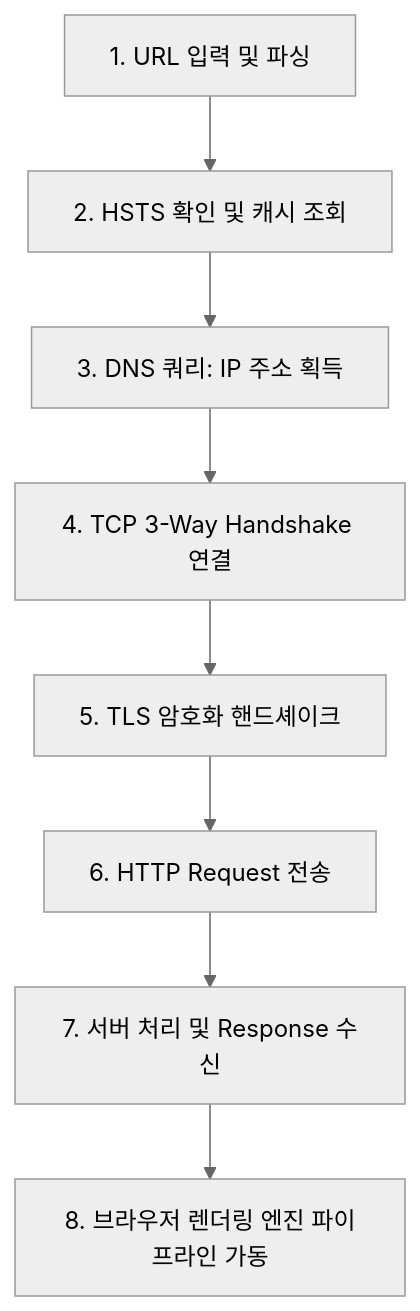
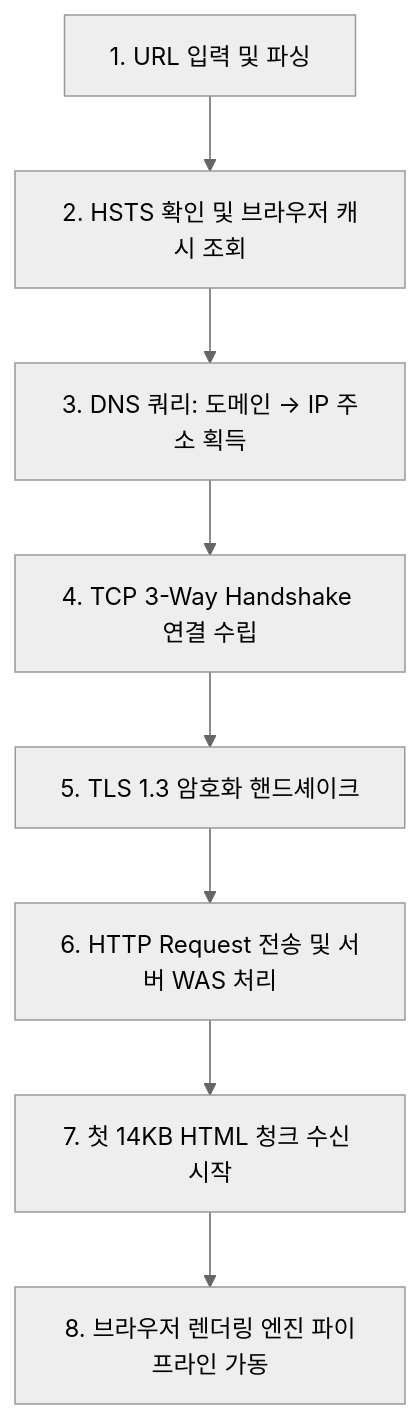
Before and after one commit to keimania/tech-notes: the seventh of 11 diagrams in 08_네트워크_기술.md, drawn with Mermaid (neutral theme). The commit also changed other lines of this file and 12 other files, not shown here.

````diff
--- a/08_네트워크_기술.md
+++ b/08_네트워크_기술.md
@@ -621,10 +857,10 @@
 ```mermaid
 flowchart TD
-    A[1. URL 입력 및 파싱] --> B[2. HSTS 확인 및 캐시 조회]
-    B --> C[3. DNS 쿼리: IP 주소 획득]
-    C --> D[4. TCP 3-Way Handshake 연결]
-    D --> E[5. TLS 암호화 핸드셰이크]
-    E --> F[6. HTTP Request 전송]
-    F --> G[7. 서버 처리 및 Response 수신]
+    A[1. URL 입력 및 파싱] --> B[2. HSTS 확인 및 브라우저 캐시 조회]
+    B --> C[3. DNS 쿼리: 도메인 → IP 주소 획득]
+    C --> D[4. TCP 3-Way Handshake 연결 수립]
+    D --> E[5. TLS 1.3 암호화 핸드셰이크]
+    E --> F[6. HTTP Request 전송 및 서버 WAS 처리]
+    F --> G[7. 첫 14KB HTML 청크 수신 시작]
     G --> H[8. 브라우저 렌더링 엔진 파이프라인 가동]
 ```
````
